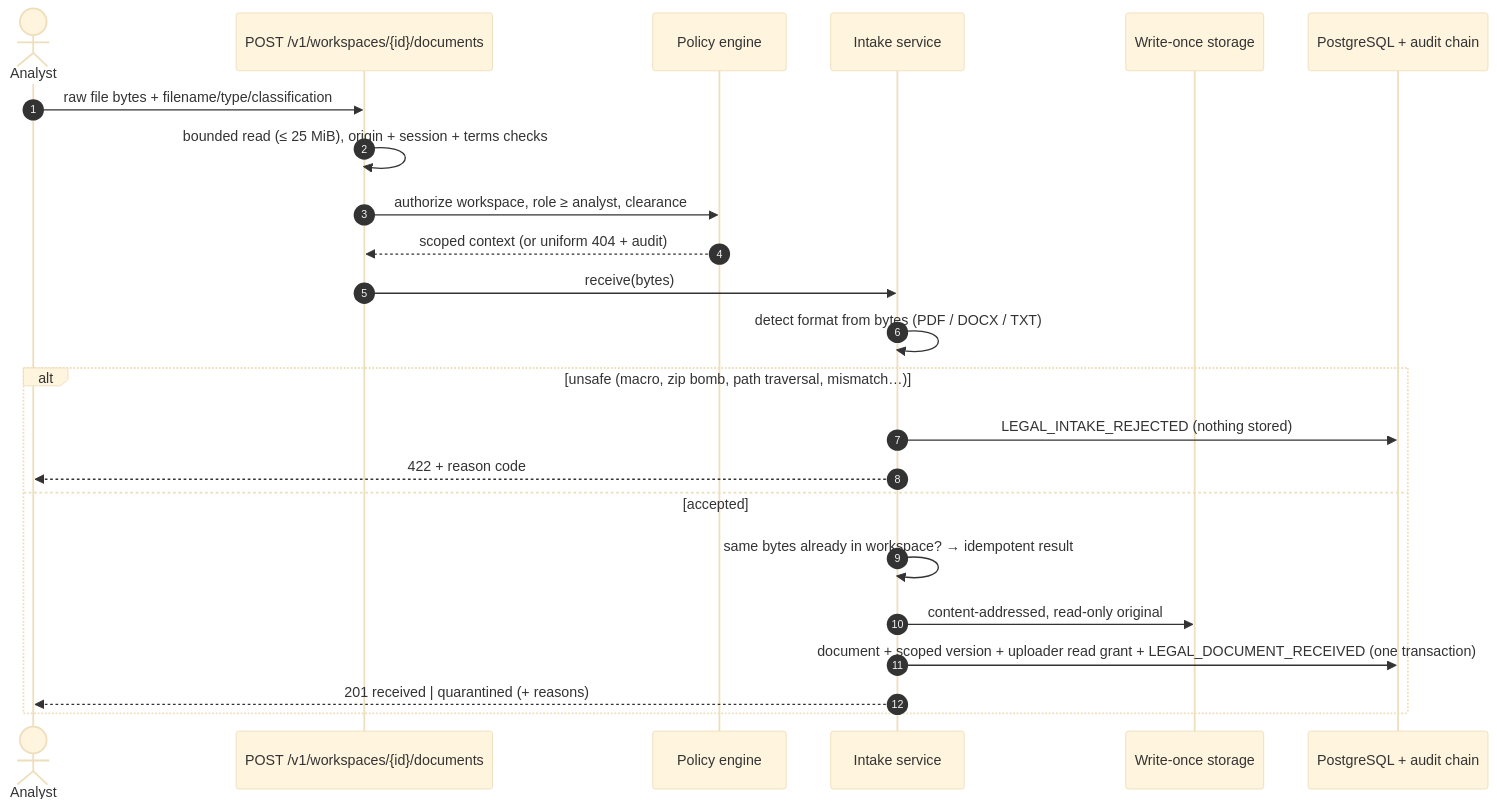
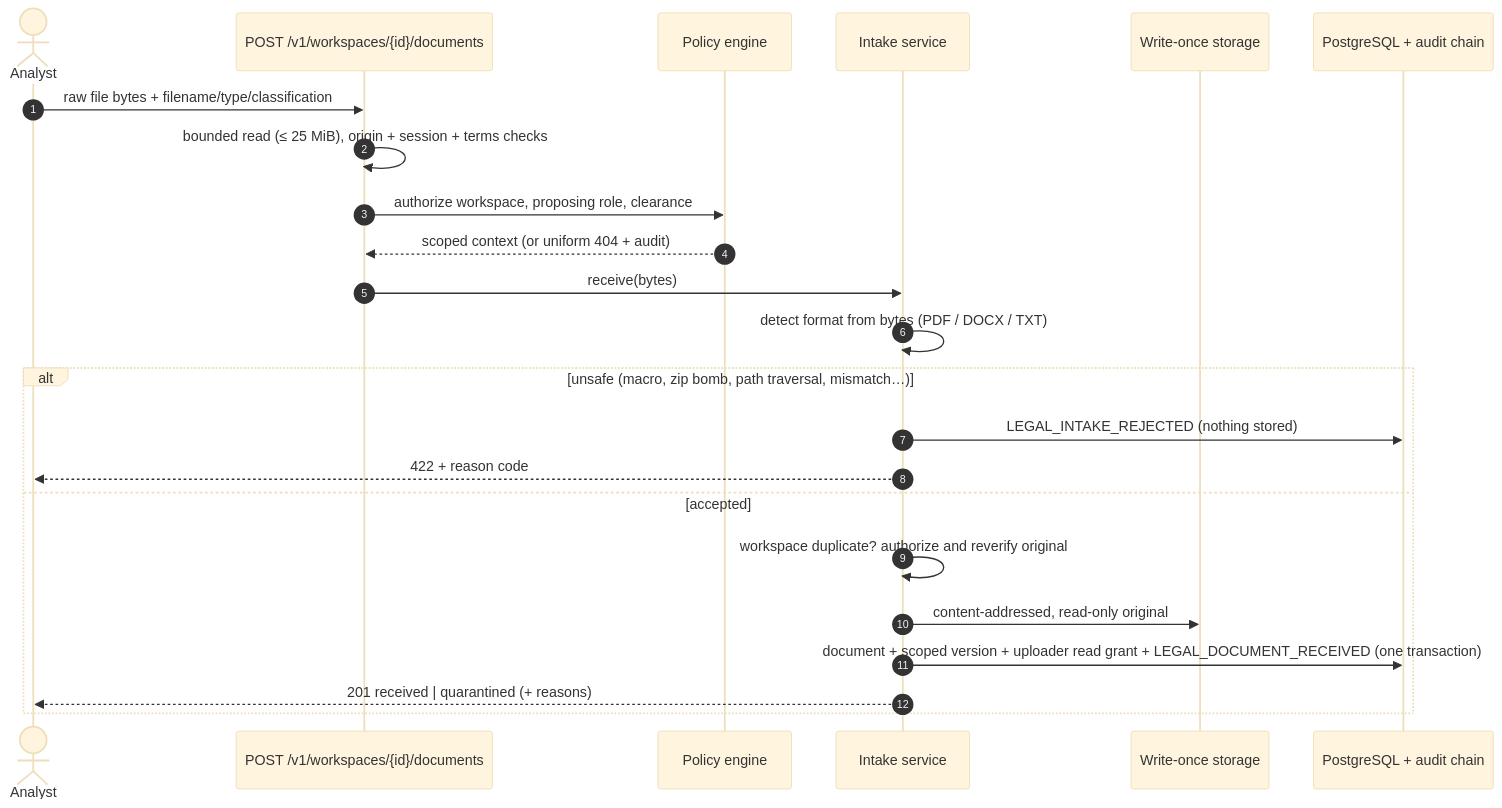
One commit to loktrishal-05/legal-compliance-regulatory-workbench changed the third of 5 diagrams in README.md. Above: the diagram before and after it, drawn with Mermaid (base theme). The commit also changed other lines of this file and 6 other files, not shown here.

````diff
--- a/README.md
+++ b/README.md
@@ -97,26 +192,26 @@
 ```mermaid
 sequenceDiagram
     autonumber
     actor A as Analyst
     participant API as POST /v1/workspaces/{id}/documents
     participant P as Policy engine
     participant I as Intake service
     participant S as Write-once storage
     participant DB as PostgreSQL + audit chain
 
     A->>API: raw file bytes + filename/type/classification
     API->>API: bounded read (≤ 25 MiB), origin + session + terms checks
-    API->>P: authorize workspace, role ≥ analyst, clearance
+    API->>P: authorize workspace, proposing role, clearance
     P-->>API: scoped context (or uniform 404 + audit)
     API->>I: receive(bytes)
     I->>I: detect format from bytes (PDF / DOCX / TXT)
     alt unsafe (macro, zip bomb, path traversal, mismatch…)
         I->>DB: LEGAL_INTAKE_REJECTED (nothing stored)
         I-->>A: 422 + reason code
     else accepted
-        I->>I: same bytes already in workspace? → idempotent result
+        I->>I: workspace duplicate? authorize and reverify original
         I->>S: content-addressed, read-only original
         I->>DB: document + scoped version + uploader read grant + LEGAL_DOCUMENT_RECEIVED (one transaction)
         I-->>A: 201 received | quarantined (+ reasons)
     end
 ```
````
